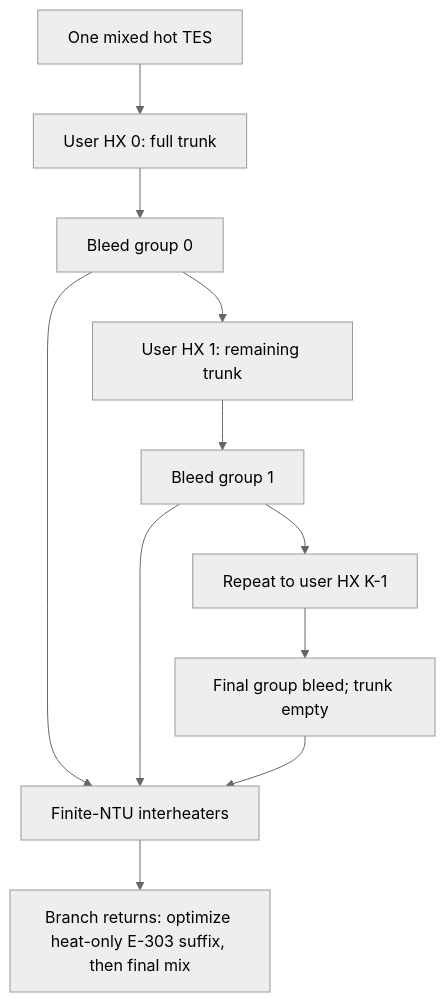
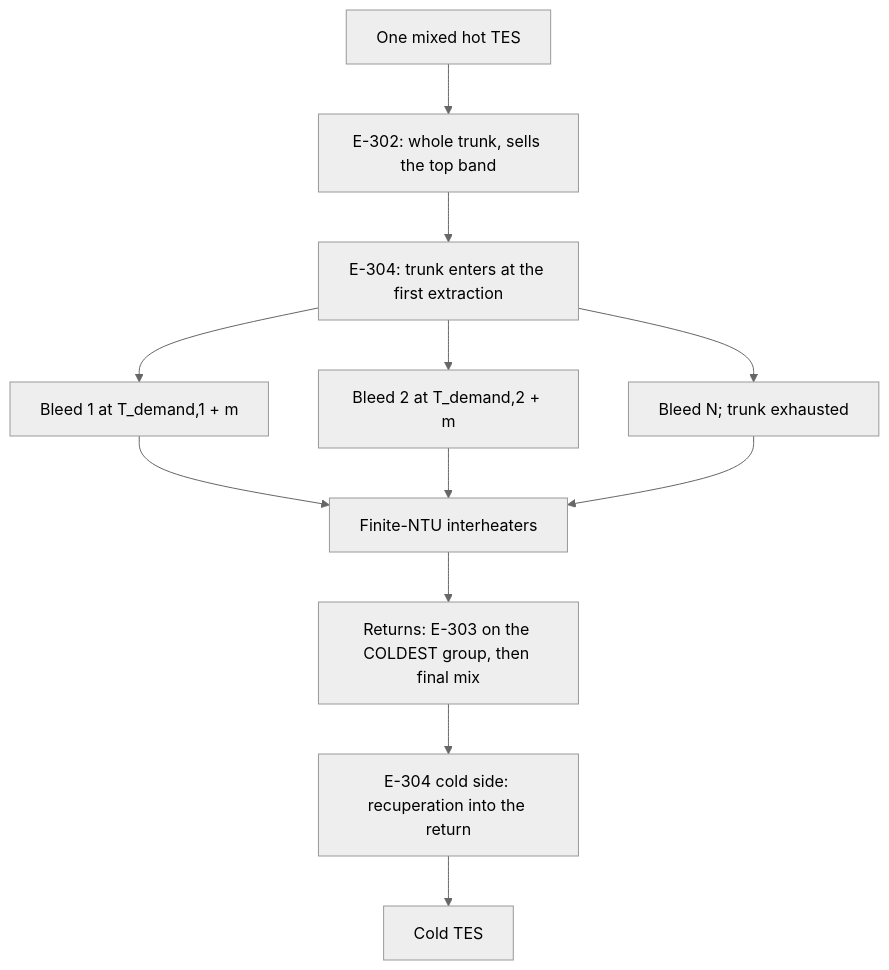
The second of 2 diagrams in docs/04_OPTIMIZATION_WORKFLOW.md (tomdacu/lt-caes), drawn with Mermaid (neutral theme) before and after one commit. The commit also changed other lines of this file and 35 other files, not shown here.

````diff
--- a/docs/04_OPTIMIZATION_WORKFLOW.md
+++ b/docs/04_OPTIMIZATION_WORKFLOW.md
@@ -50,13 +53,14 @@
 ```mermaid
 flowchart TD
-    H0[One mixed hot TES] --> H1[User HX 0: full trunk]
-    H1 --> B0[Bleed group 0]
-    B0 --> H2[User HX 1: remaining trunk]
-    H2 --> B1[Bleed group 1]
-    B1 --> HX[Repeat to user HX K-1]
-    HX --> BF[Final group bleed; trunk empty]
+    H0[One mixed hot TES] --> H1[E-302: whole trunk, sells the top band]
+    H1 --> EX[E-304: trunk enters at the first extraction]
+    EX --> B0[Bleed 1 at T_demand,1 + m]
+    EX --> B1[Bleed 2 at T_demand,2 + m]
+    EX --> BF[Bleed N; trunk exhausted]
     B0 --> IH[Finite-NTU interheaters]
     B1 --> IH
     BF --> IH
-    IH --> CR[Branch returns: optimize heat-only E-303 suffix, then final mix]
+    IH --> CR[Returns: E-303 on the COLDEST group, then final mix]
+    CR --> RE[E-304 cold side: recuperation into the return]
+    RE --> CT[Cold TES]
 ```
````
